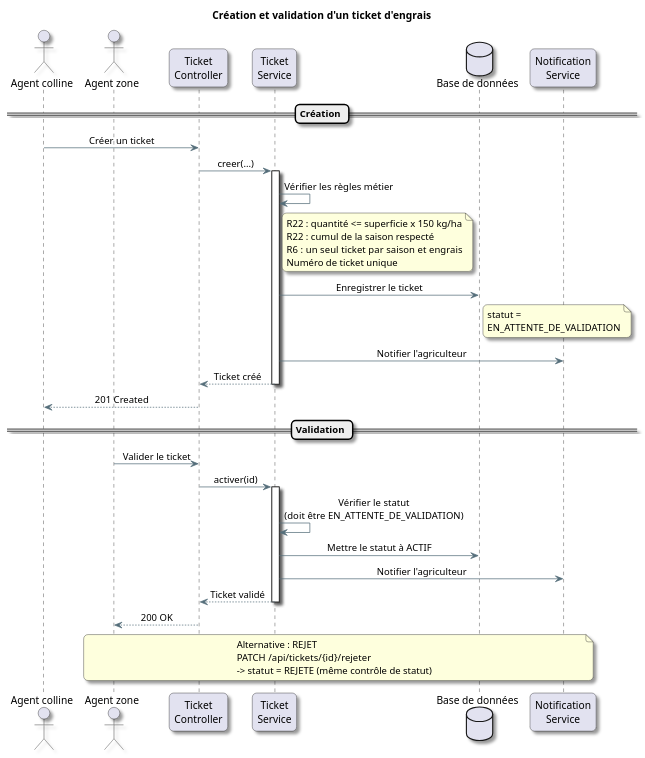
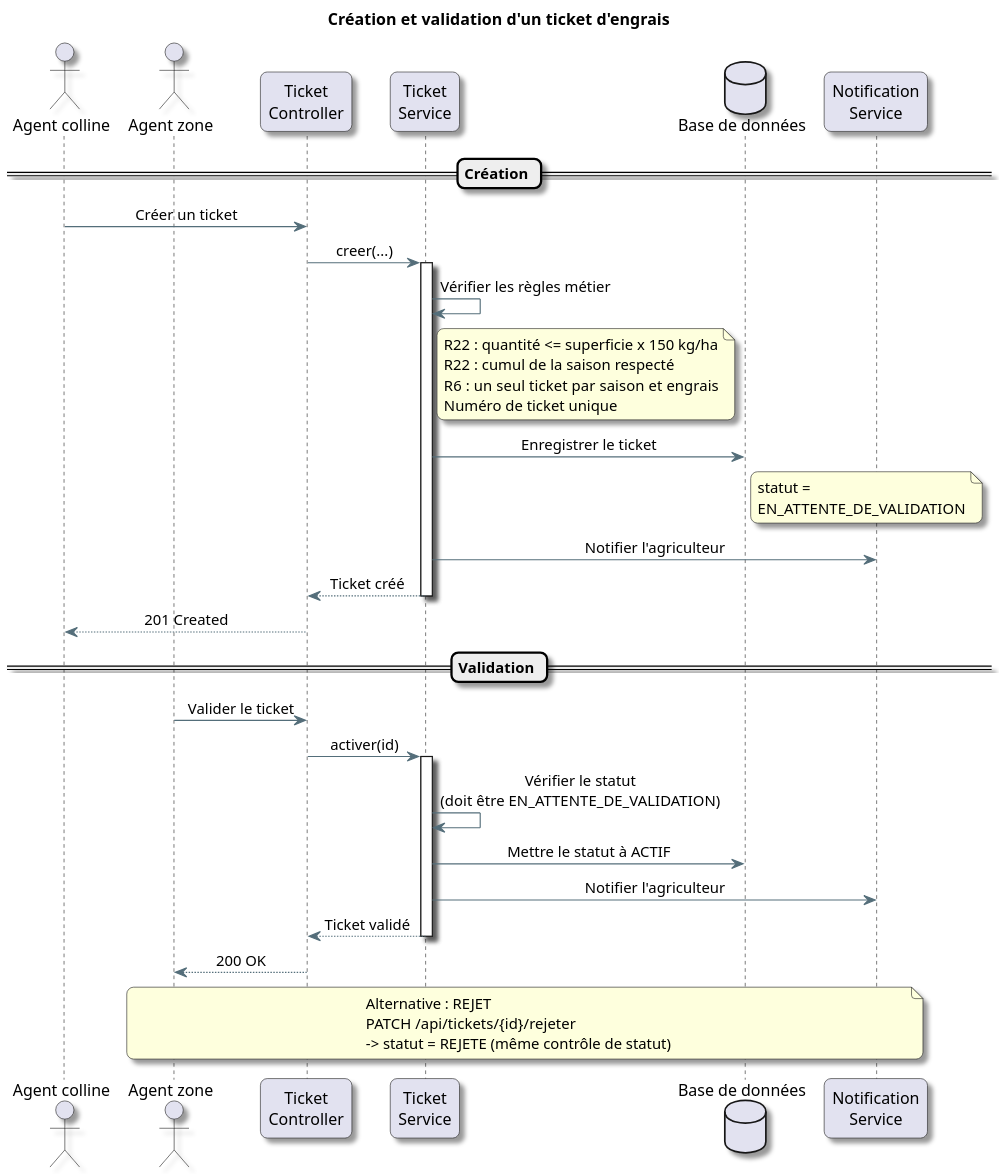
Before and after one commit to Davy-Antosper/memoire: the diagram in memoire_assets/puml_src/sequence_ticket.puml, drawn with PlantUML. The commit also changed 29 other files, not shown here.

Commit message:
Rapport aligne sur le modele FOMI (commune, depots province/zone), figures PlantUML regenerees et PDF a jour

```diff
--- a/memoire_assets/puml_src/sequence_ticket.puml
+++ b/memoire_assets/puml_src/sequence_ticket.puml
@@ -1,52 +1,53 @@
 @startuml
 title Création et validation d'un ticket d'engrais
 skinparam shadowing true
 skinparam roundCorner 12
 skinparam DefaultFontName "Segoe UI"
+skinparam dpi 150
 skinparam sequenceMessageAlign center
 skinparam ArrowColor #546E7A
 
 actor "Agent colline" as A1
 actor "Agent zone" as A2
 participant "Ticket\nController" as CTRL
 participant "Ticket\nService" as SVC
 database "Base de données" as DB
 participant "Notification\nService" as MAIL
 
 == Création ==
 A1 -> CTRL : Créer un ticket
 CTRL -> SVC : creer(...)
 activate SVC
 
 SVC -> SVC : Vérifier les règles métier
 note right of SVC
   R22 : quantité <= superficie x 150 kg/ha
   R22 : cumul de la saison respecté
   R6  : un seul ticket par saison et engrais
   Numéro de ticket unique
 end note
 
 SVC -> DB : Enregistrer le ticket
 note right of DB : statut =\nEN_ATTENTE_DE_VALIDATION
 SVC -> MAIL : Notifier l'agriculteur
 SVC --> CTRL : Ticket créé
 deactivate SVC
 CTRL --> A1 : 201 Created
 
 == Validation ==
 A2 -> CTRL : Valider le ticket
 CTRL -> SVC : activer(id)
 activate SVC
 SVC -> SVC : Vérifier le statut\n(doit être EN_ATTENTE_DE_VALIDATION)
 SVC -> DB : Mettre le statut à ACTIF
 SVC -> MAIL : Notifier l'agriculteur
 SVC --> CTRL : Ticket validé
 deactivate SVC
 CTRL --> A2 : 200 OK
 
 note over A2, MAIL
   Alternative : REJET
   PATCH /api/tickets/{id}/rejeter
   -> statut = REJETE (même contrôle de statut)
 end note
 @enduml
```
